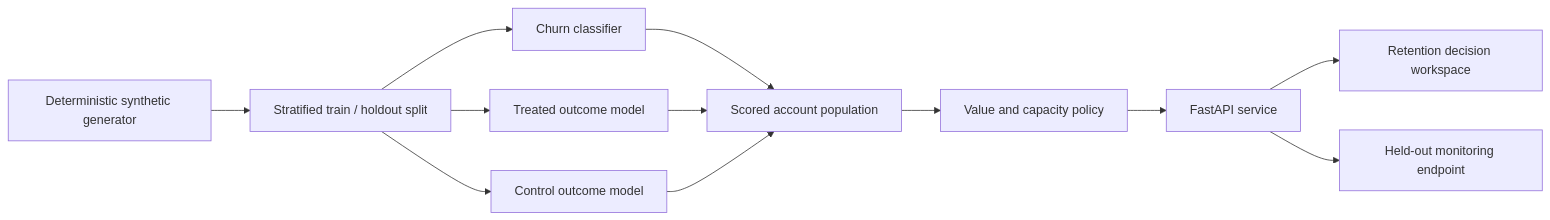
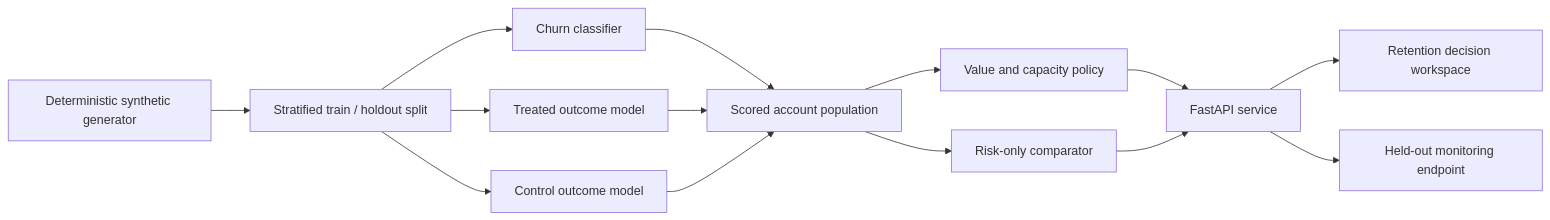
One commit to sutasmantas/retention-decisioning changed the diagram in docs/architecture.md. Above: the diagram before and after it, drawn with Mermaid. The commit also changed other lines of this file and 15 other files, not shown here.

````diff
--- a/docs/architecture.md
+++ b/docs/architecture.md
@@ -3,14 +3,16 @@
 ```mermaid
 flowchart LR
     G[Deterministic synthetic generator] --> S[Stratified train / holdout split]
     S --> C[Churn classifier]
     S --> T[Treated outcome model]
     S --> U[Control outcome model]
     C --> A[Scored account population]
     T --> A
     U --> A
     A --> P[Value and capacity policy]
+    A --> R[Risk-only comparator]
     P --> API[FastAPI service]
+    R --> API
     API --> UI[Retention decision workspace]
     API --> M[Held-out monitoring endpoint]
 ```
````
